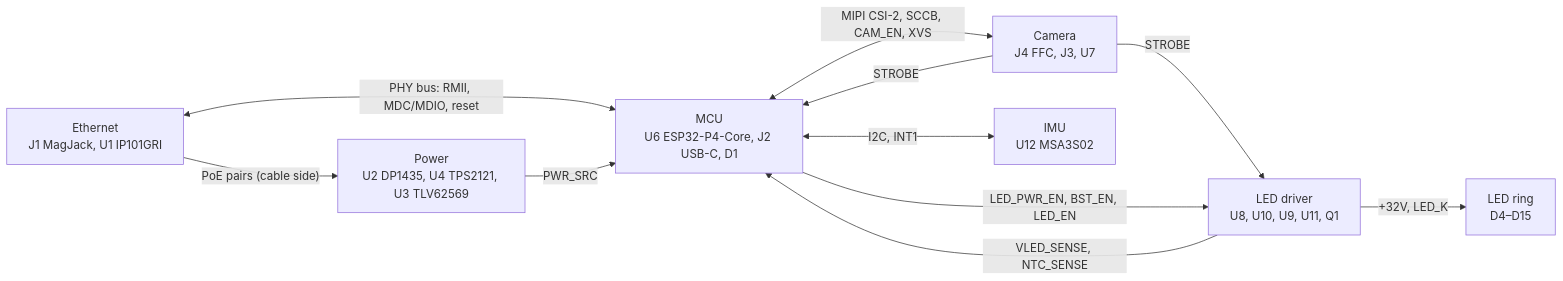
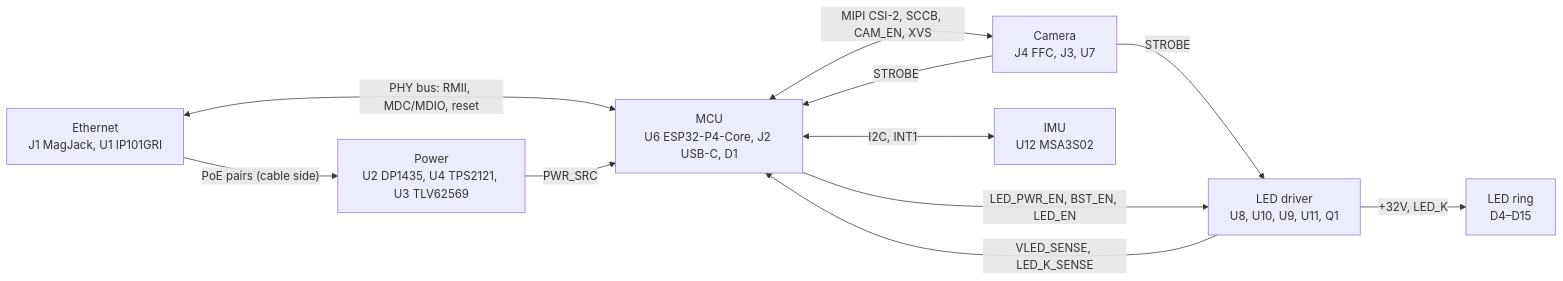
The diagram in docs/hardware/README.md (azais-corentin/espion), drawn with Mermaid before and after one commit. The commit also changed other lines of this file and 12 other files, not shown here.

First line of the commit message:
feat(espion-cam): Boost headroom control: PWM on BST_EN and an LED_K divider (R70/R76, LED_K_SENSE on GPIO23) replacing the NTC

````diff
--- a/docs/hardware/README.md
+++ b/docs/hardware/README.md
@@ -15,13 +15,13 @@
 ```mermaid
 flowchart LR
   ETH["Ethernet<br/>J1 MagJack, U1 IP101GRI"] -- "PoE pairs (cable side)" --> PWR["Power<br/>U2 DP1435, U4 TPS2121, U3 TLV62569"]
   ETH <-- "PHY bus: RMII, MDC/MDIO, reset" --> MCU["MCU<br/>U6 ESP32-P4-Core, J2 USB-C, D1"]
   PWR -- "PWR_SRC" --> MCU
   MCU <-- "MIPI CSI-2, SCCB, CAM_EN, XVS" --> CAM["Camera<br/>J4 FFC, J3, U7"]
   CAM -- "STROBE" --> MCU
   CAM -- "STROBE" --> LEDD["LED driver<br/>U8, U10, U9, U11, Q1"]
   MCU -- "LED_PWR_EN, BST_EN, LED_EN" --> LEDD
-  LEDD -- "VLED_SENSE, NTC_SENSE" --> MCU
+  LEDD -- "VLED_SENSE, LED_K_SENSE" --> MCU
   LEDD -- "+32V, LED_K" --> RING["LED ring<br/>D4–D15"]
   MCU <-- "I2C, INT1" --> IMU["IMU<br/>U12 MSA3S02"]
 ```
````
